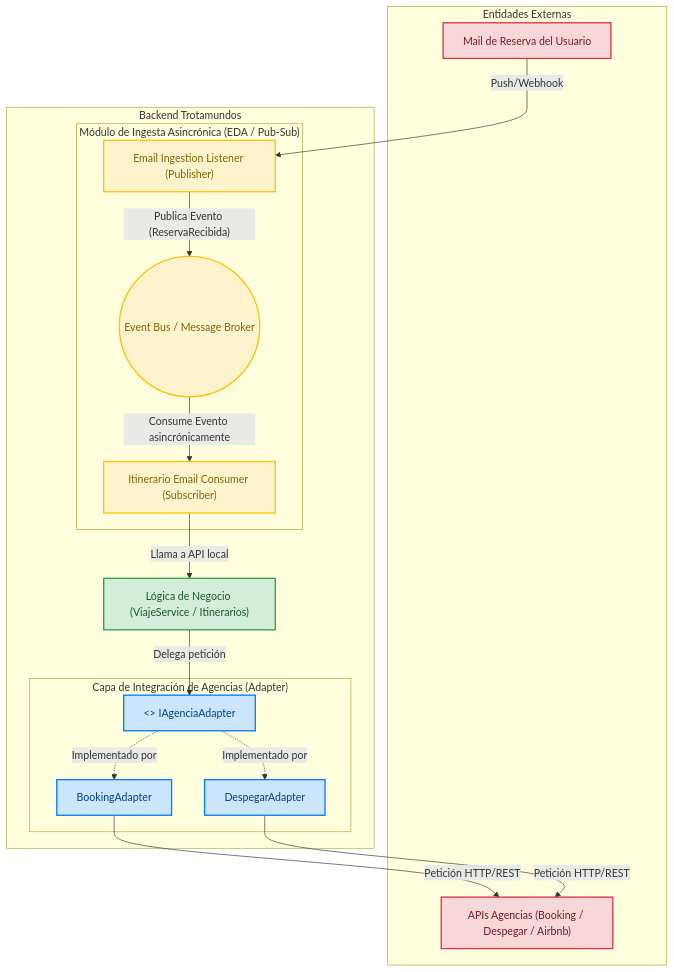
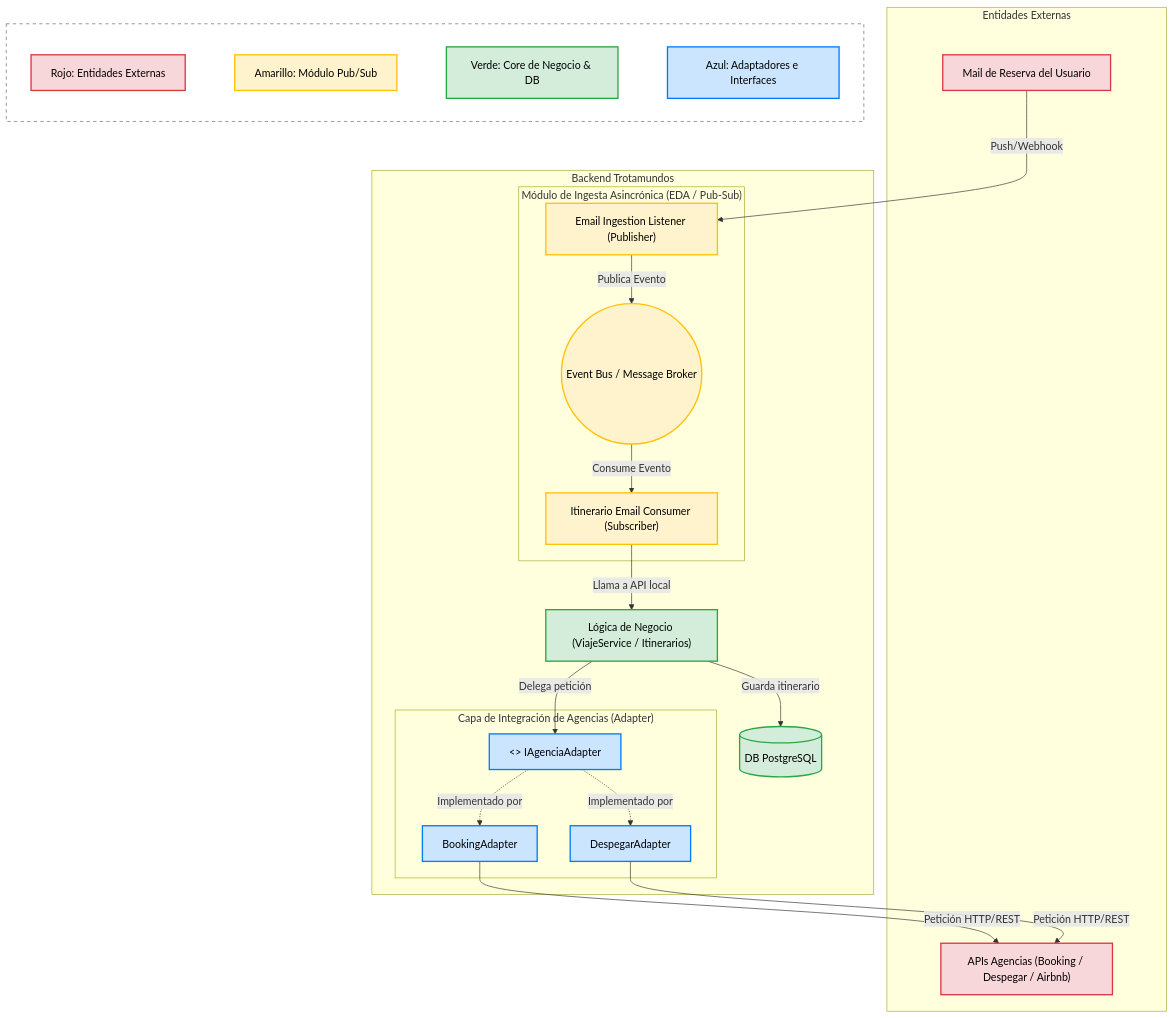
The first of 2 diagrams in Iteraciones/Iteracion2-Prov.md (ulisesmatteoda/Trotamundos-Grupo23), drawn with Mermaid before and after one commit. The commit also changed other lines of this file, not shown here.

````diff
--- a/Iteraciones/Iteracion2-Prov.md
+++ b/Iteraciones/Iteracion2-Prov.md
@@ -123,48 +125,61 @@
 ```mermaid
 graph TD
-    %% Definición de estilos y colores
-    classDef externo fill:#f8d7da,stroke:#dc3545,stroke-width:2px,color:#721c24;
-    classDef pubsub fill:#fff3cd,stroke:#ffc107,stroke-width:2px,color:#856404;
-    classDef core fill:#d4edda,stroke:#28a745,stroke-width:2px,color:#155724;
-    classDef adapter fill:#cce5ff,stroke:#007bff,stroke-width:2px,color:#004085;
+    %% Definición de estilos forzando texto negro para Dark Mode
+    classDef externo fill:#f8d7da,stroke:#dc3545,stroke-width:2px,color:#000000;
+    classDef pubsub fill:#fff3cd,stroke:#ffc107,stroke-width:2px,color:#000000;
+    classDef core fill:#d4edda,stroke:#28a745,stroke-width:2px,color:#000000;
+    classDef adapter fill:#cce5ff,stroke:#007bff,stroke-width:2px,color:#000000;
 
     %% Entidades Externas
     subgraph Externos["Entidades Externas"]
         UserMail["Mail de Reserva del Usuario"]:::externo
         AgenciaAPI["APIs Agencias (Booking / Despegar / Airbnb)"]:::externo
     end
 
     %% Backend Trotamundos
     subgraph Backend["Backend Trotamundos"]
 
         %% Canal Pub/Sub de Mails
         subgraph SubsystemMail["Módulo de Ingesta Asincrónica (EDA / Pub-Sub)"]
             EmailIngestion["Email Ingestion Listener (Publisher)"]:::pubsub
             EventBus(("Event Bus / Message Broker")):::pubsub
             EmailSubscriber["Itinerario Email Consumer (Subscriber)"]:::pubsub
         end
 
         %% Core de Negocio
         DomainLogic["Lógica de Negocio (ViajeService / Itinerarios)"]:::core
+        DB[(DB PostgreSQL)]:::core
 
         %% Capa de Integración / Adaptadores
         subgraph SubsystemIntegrations["Capa de Integración de Agencias (Adapter)"]
             AdapterInterface["<<Interface>> IAgenciaAdapter"]:::adapter
             BookingAdapter["BookingAdapter"]:::adapter
             DespegarAdapter["DespegarAdapter"]:::adapter
         end
     end
 
     %% Relaciones / Conectores
     UserMail -->|"Push/Webhook"| EmailIngestion
-    EmailIngestion -->|"Publica Evento (ReservaRecibida)"| EventBus
-    EventBus -->|"Consume Evento asincrónicamente"| EmailSubscriber
+    EmailIngestion -->|"Publica Evento"| EventBus
+    EventBus -->|"Consume Evento"| EmailSubscriber
     EmailSubscriber -->|"Llama a API local"| DomainLogic
     
+    DomainLogic -->|"Guarda itinerario"| DB
     DomainLogic -->|"Delega petición"| AdapterInterface
     AdapterInterface -.->|"Implementado por"| BookingAdapter
     AdapterInterface -.->|"Implementado por"| DespegarAdapter
     
     BookingAdapter -->|"Petición HTTP/REST"| AgenciaAPI
     DespegarAdapter -->|"Petición HTTP/REST"| AgenciaAPI
+
+    %% Leyenda Gráfica Dibujada
+    subgraph Leyenda["Leyenda de Colores"]
+        L1[Rojo: Entidades Externas]:::externo
+        L2[Amarillo: Módulo Pub/Sub]:::pubsub
+        L3[Verde: Core de Negocio & DB]:::core
+        L4[Azul: Adaptadores e Interfaces]:::adapter
+    end
+    
+    L1 ~~~ L2 ~~~ L3 ~~~ L4
+    style Leyenda fill:transparent,stroke:#666,stroke-width:1px,stroke-dasharray: 5 5,color:#fff
 ```
````
